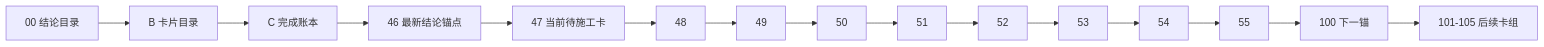
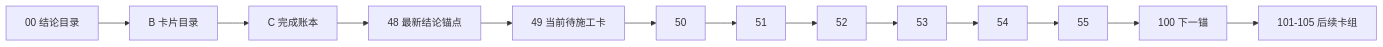
Before and after one commit to everything-is-simple/lifespan-0.01: the diagram in docs/03-execution/A-execution-reading-order-20260409.md, drawn with Mermaid. The commit also changed other lines of this file and 16 other files, not shown here.

````diff
--- a/docs/03-execution/A-execution-reading-order-20260409.md
+++ b/docs/03-execution/A-execution-reading-order-20260409.md
@@ -34,17 +34,15 @@
 ```mermaid
 flowchart LR
     CONC["00 结论目录"] --> BCAT["B 卡片目录"]
     BCAT --> CLED["C 完成账本"]
-    CLED --> ANC["46 最新结论锚点"]
-    ANC --> G47["47 当前待施工卡"]
-    G47 --> G48["48"]
-    G48 --> G49["49"]
+    CLED --> ANC["48 最新结论锚点"]
+    ANC --> G49["49 当前待施工卡"]
     G49 --> G50["50"]
     G50 --> G51["51"]
     G51 --> G52["52"]
     G52 --> G53["53"]
     G53 --> G54["54"]
     G54 --> G55["55"]
     G55 --> NEXT["100 下一锚"]
     NEXT --> POST["101-105 后续卡组"]
 ```
````
